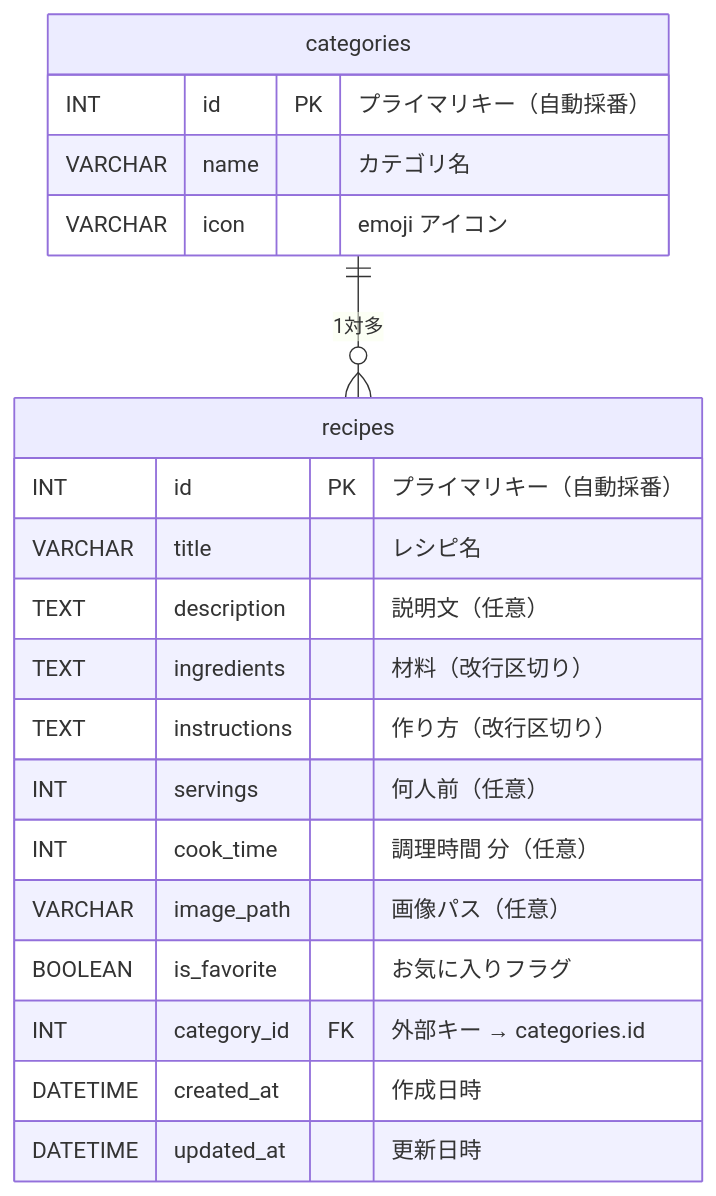
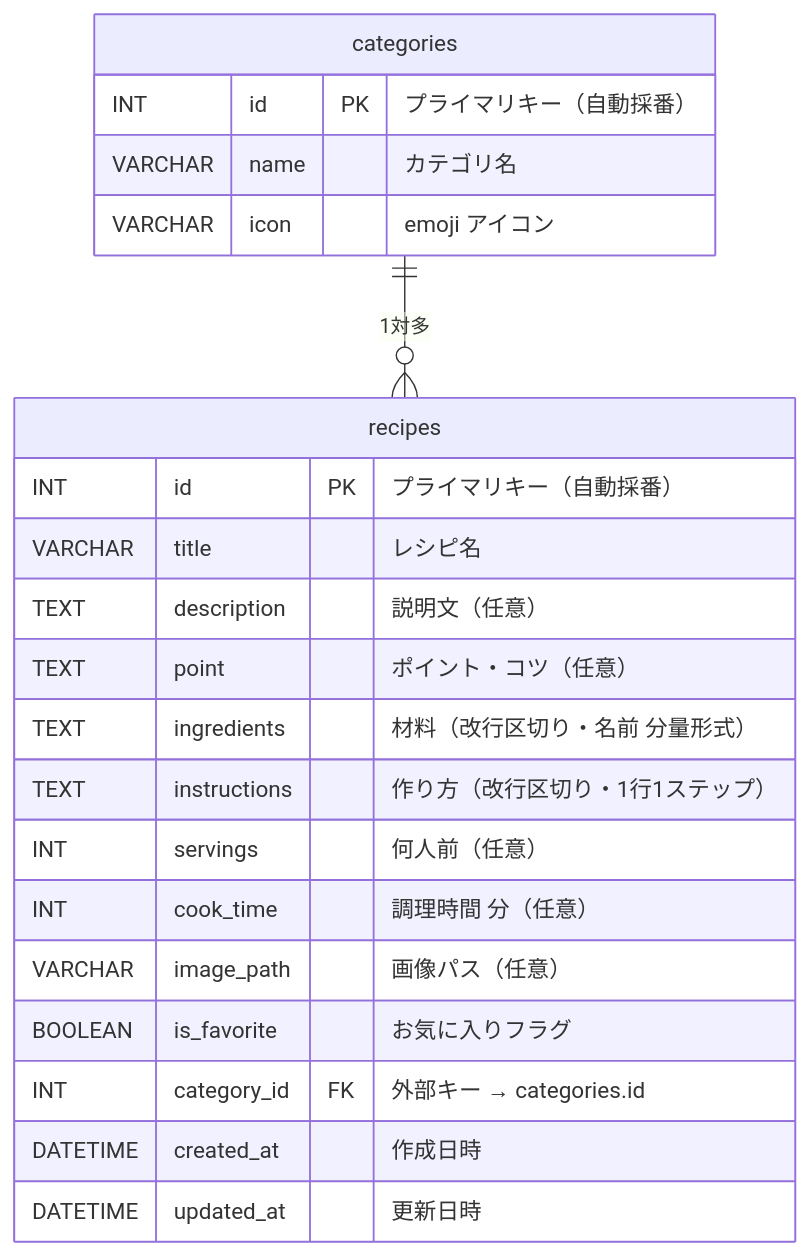
The first of 2 diagrams in docs/DB設計書.md (saki-nakata/RecipeManagement), drawn with Mermaid before and after one commit. The commit also changed other lines of this file and 13 other files, not shown here.

````diff
--- a/docs/DB設計書.md
+++ b/docs/DB設計書.md
@@ -20,25 +21,26 @@
 ```mermaid
 erDiagram
     categories {
         INT id PK "プライマリキー（自動採番）"
         VARCHAR name "カテゴリ名"
         VARCHAR icon "emoji アイコン"
     }
 
     recipes {
         INT id PK "プライマリキー（自動採番）"
         VARCHAR title "レシピ名"
         TEXT description "説明文（任意）"
-        TEXT ingredients "材料（改行区切り）"
-        TEXT instructions "作り方（改行区切り）"
+        TEXT point "ポイント・コツ（任意）"
+        TEXT ingredients "材料（改行区切り・名前 分量形式）"
+        TEXT instructions "作り方（改行区切り・1行1ステップ）"
         INT servings "何人前（任意）"
         INT cook_time "調理時間 分（任意）"
         VARCHAR image_path "画像パス（任意）"
         BOOLEAN is_favorite "お気に入りフラグ"
         INT category_id FK "外部キー → categories.id"
         DATETIME created_at "作成日時"
         DATETIME updated_at "更新日時"
     }
 
     categories ||--o{ recipes : "1対多"
 ```
````
